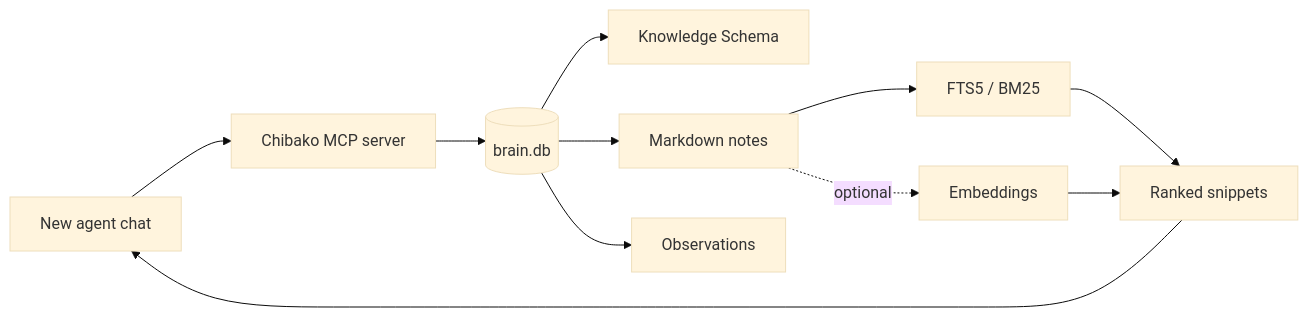
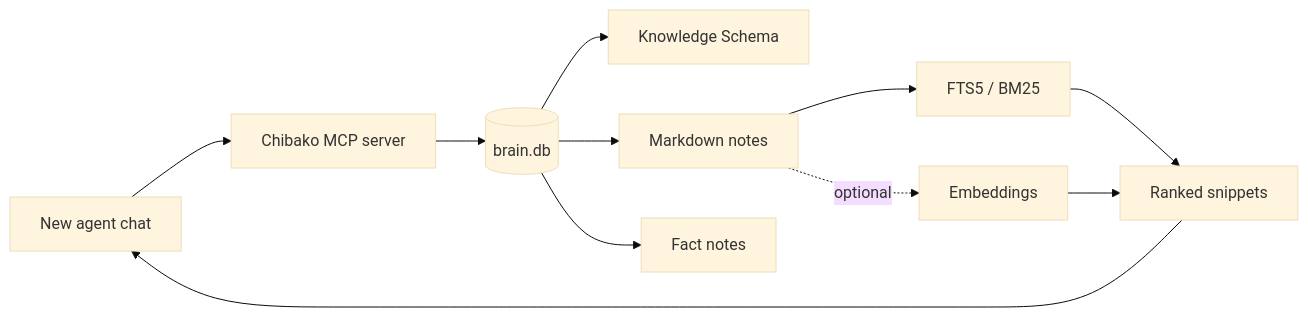
The first of 3 diagrams in docs/AGENT-MEMORY.md (jccd-dev/Chibako), drawn with Mermaid (base theme) before and after one commit. The commit also changed other lines of this file and 43 other files, not shown here.

First line of the commit message:
feat(memory): self-healing Embedding index, Fact notes and leaner hooks (#28)

````diff
--- a/docs/AGENT-MEMORY.md
+++ b/docs/AGENT-MEMORY.md
@@ -10,13 +10,13 @@
 ```mermaid
 flowchart LR
     A[New agent chat] --> B[Chibako MCP server]
     B --> C[(brain.db)]
     C --> D[Knowledge Schema]
     C --> E[Markdown notes]
-    C --> F[Observations]
+    C --> F[Fact notes]
     E --> G[FTS5 / BM25]
     E -. optional .-> H[Embeddings]
     G --> I[Ranked snippets]
     H --> I
     I --> A
 ```
````
